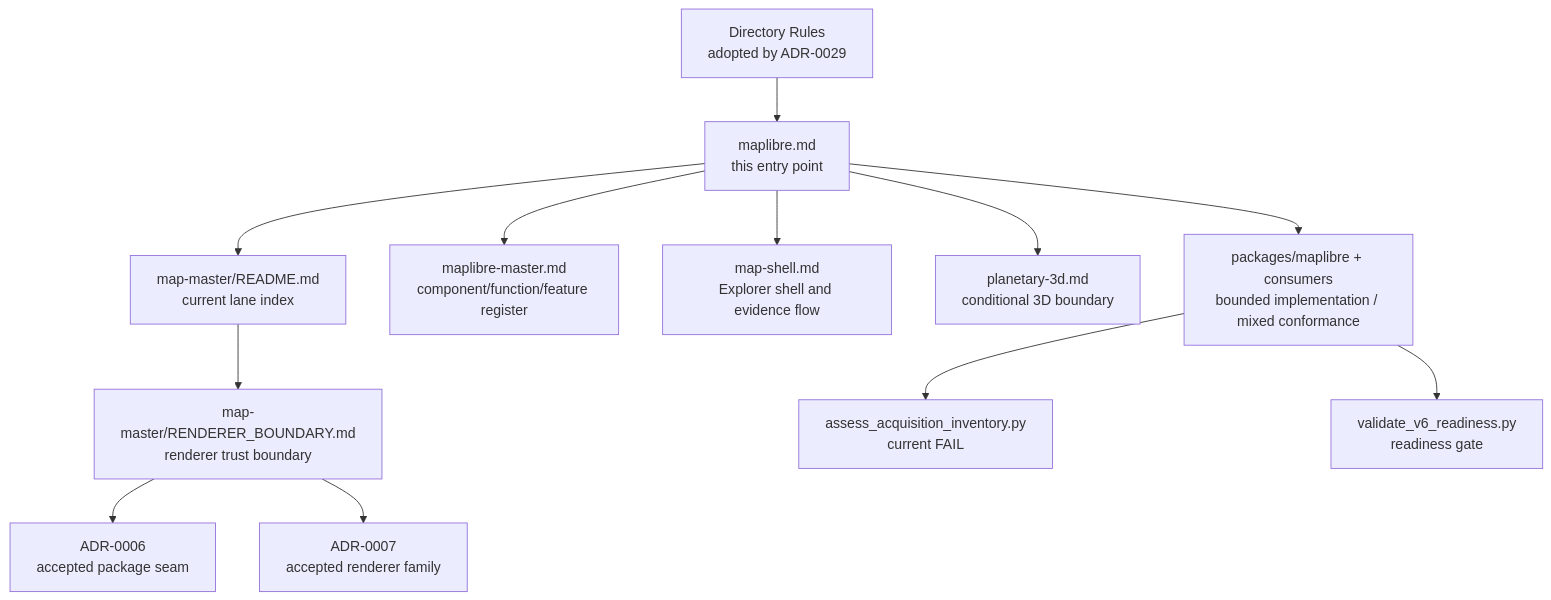
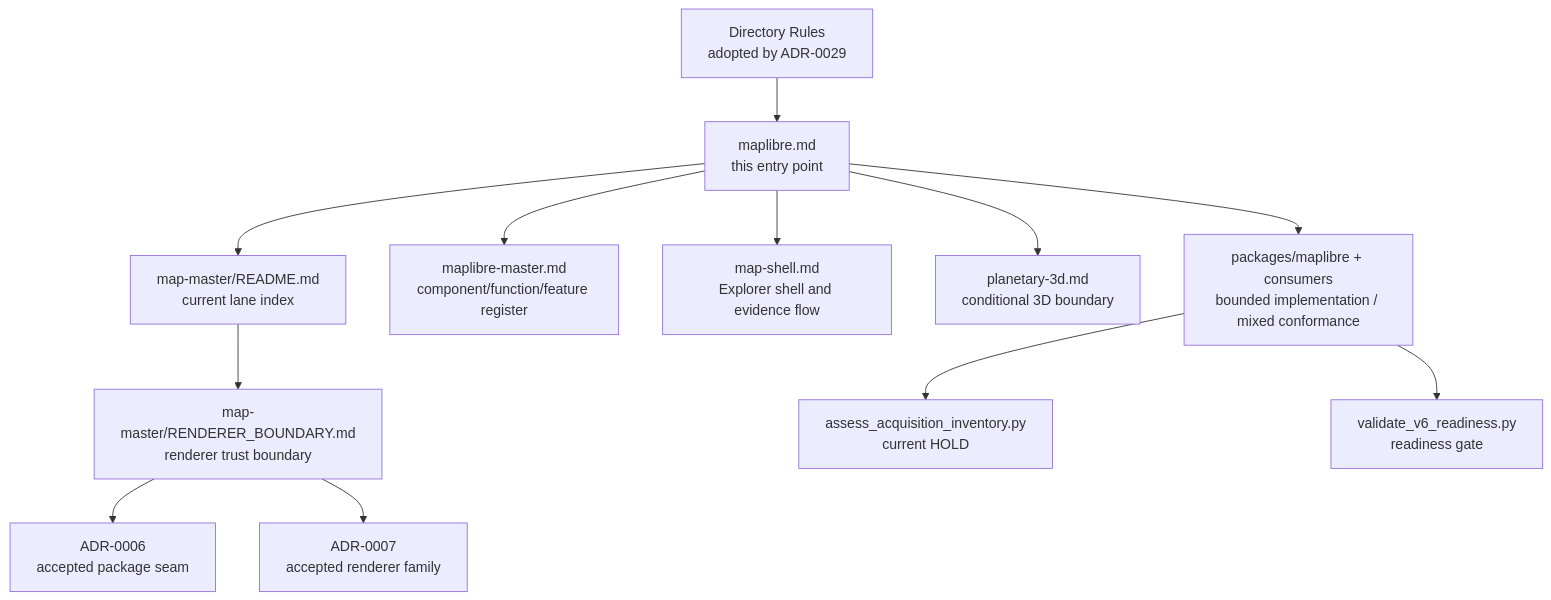
One commit to bartytime4life/Kansas-Frontier-Matrix changed the diagram in docs/architecture/maplibre.md. Above: the diagram before and after it, drawn with Mermaid. The commit also changed other lines of this file and 16 other files, not shown here.

````diff
--- a/docs/architecture/maplibre.md
+++ b/docs/architecture/maplibre.md
@@ -153,27 +153,27 @@
 ```mermaid
 flowchart TD
     Entry["maplibre.md\nthis entry point"]
     Rules["Directory Rules\nadopted by ADR-0029"]
     Master["map-master/README.md\ncurrent lane index"]
     Register["maplibre-master.md\ncomponent/function/feature register"]
     Shell["map-shell.md\nExplorer shell and evidence flow"]
     Planetary["planetary-3d.md\nconditional 3D boundary"]
     Boundary["map-master/RENDERER_BOUNDARY.md\nrenderer trust boundary"]
     ADR6["ADR-0006\naccepted package seam"]
     ADR7["ADR-0007\naccepted renderer family"]
     Code["packages/maplibre + consumers\nbounded implementation / mixed conformance"]
-    Acquire["assess_acquisition_inventory.py\ncurrent FAIL"]
+    Acquire["assess_acquisition_inventory.py\ncurrent HOLD"]
     Ready["validate_v6_readiness.py\nreadiness gate"]
 
     Rules --> Entry
     Entry --> Master
     Entry --> Register
     Entry --> Shell
     Entry --> Planetary
     Master --> Boundary
     Boundary --> ADR6
     Boundary --> ADR7
     Entry --> Code
     Code --> Acquire
     Code --> Ready
 ```
````
